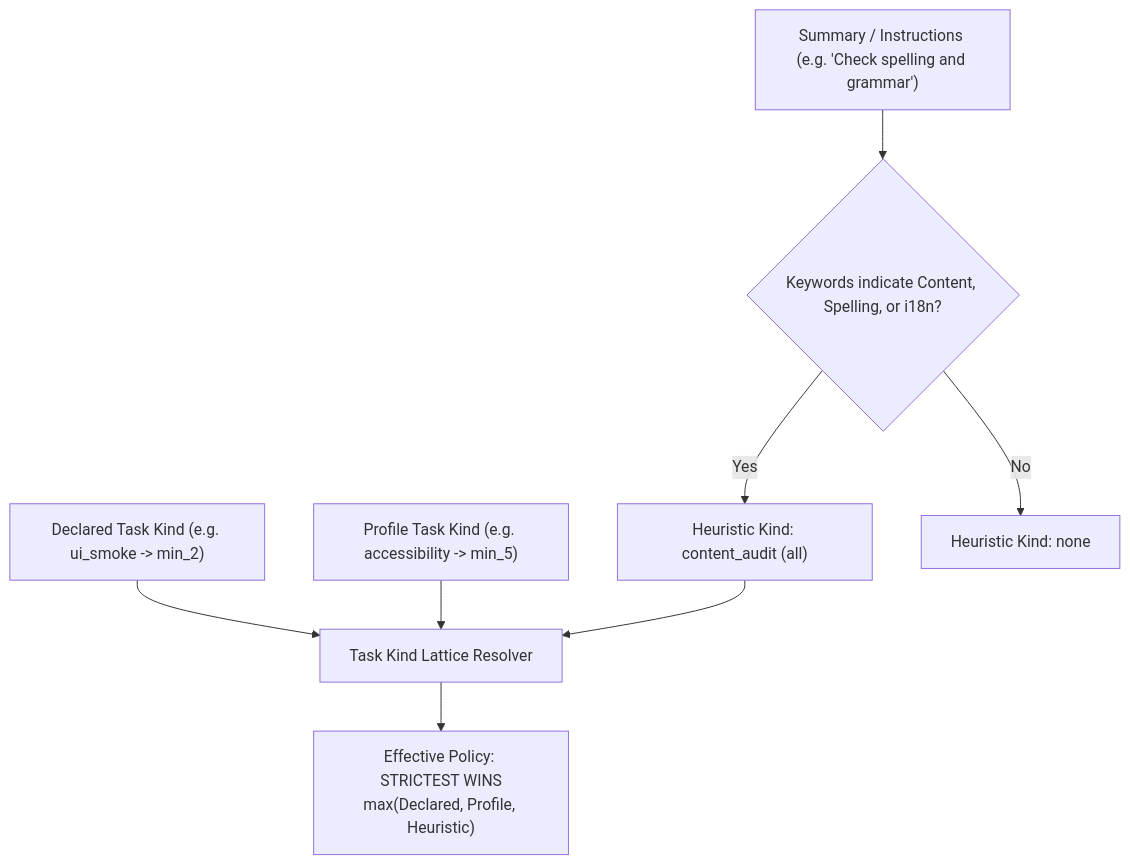
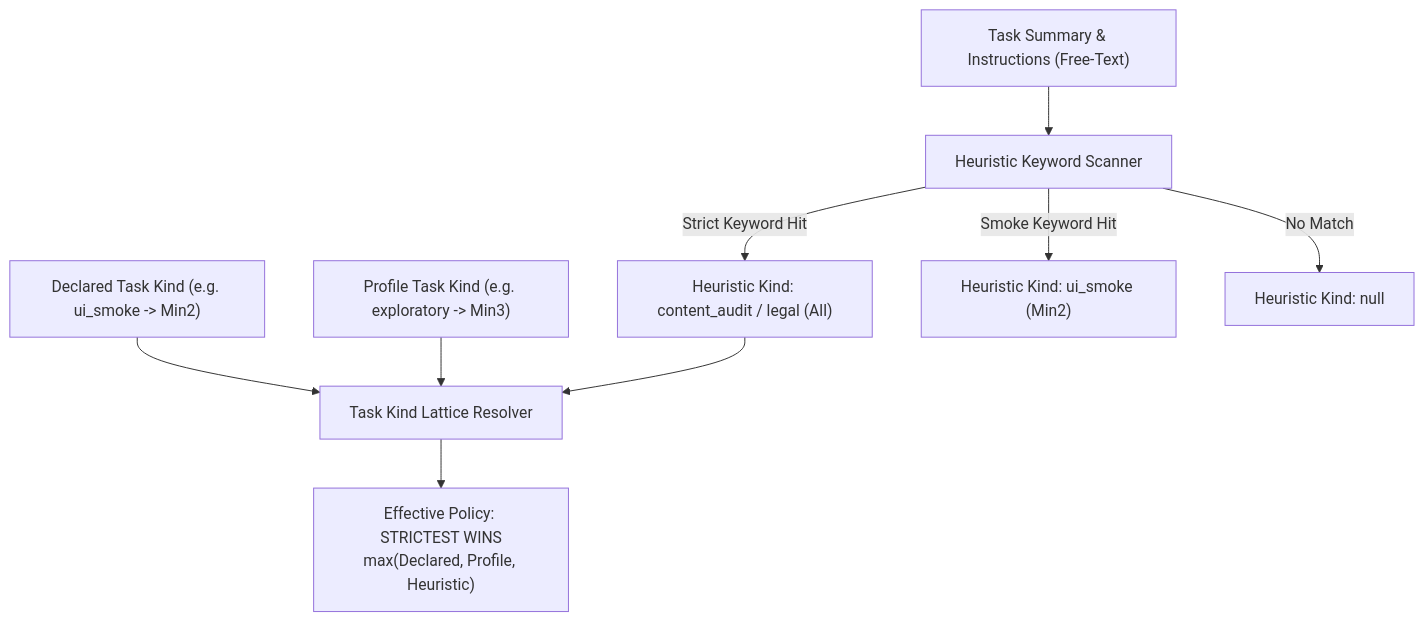
The fourth of 4 diagrams in docs/core-features/learning/task-url-coverage-tuc/pattern-grouping-and-sampling.md (joelaniol/nova), drawn with Mermaid before and after one commit. The commit also changed other lines of this file and 9 other files, not shown here.

Commit message:
docs: fix LCJ formulas and LCJ/TOB diagrams

````diff
--- a/docs/core-features/learning/task-url-coverage-tuc/pattern-grouping-and-sampling.md
+++ b/docs/core-features/learning/task-url-coverage-tuc/pattern-grouping-and-sampling.md
@@ -177,17 +248,19 @@
 ```mermaid
 flowchart TD
-    DeclaredKind["Declared Task Kind (e.g. ui_smoke -> min_2)"]
-    ProfileKind["Profile Task Kind (e.g. accessibility -> min_5)"]
-    Keywords["Summary / Instructions (e.g. 'Check spelling and grammar')"]
+    DeclaredKind["Declared Task Kind (e.g. ui_smoke -> Min2)"]
+    ProfileKind["Profile Task Kind (e.g. exploratory -> Min3)"]
+    SummaryText["Task Summary & Instructions (Free-Text)"]
 
-    KeywordAudit{"Keywords indicate Content, Spelling, or i18n?"}
-    Keywords --> KeywordAudit
-    KeywordAudit -->|Yes| HeuristicKind["Heuristic Kind: content_audit (all)"]
-    KeywordAudit -->|No| HeuristicKindNone["Heuristic Kind: none"]
+    KeywordScanner["Heuristic Keyword Scanner"]
+    SummaryText --> KeywordScanner
+
+    KeywordScanner -->|Strict Keyword Hit| HeuristicKind["Heuristic Kind: content_audit / legal (All)"]
+    KeywordScanner -->|Smoke Keyword Hit| HeuristicSmoke["Heuristic Kind: ui_smoke (Min2)"]
+    KeywordScanner -->|No Match| HeuristicNull["Heuristic Kind: null"]
 
     DeclaredKind --> LatticeResolver["Task Kind Lattice Resolver"]
     ProfileKind --> LatticeResolver
     HeuristicKind --> LatticeResolver
 
-    LatticeResolver --> Result["Effective Policy: STRICTEST WINS<br/>max(Declared, Profile, Heuristic)"]
+    LatticeResolver --> Winner["Effective Policy: STRICTEST WINS<br/>max(Declared, Profile, Heuristic)"]
 ```
````
